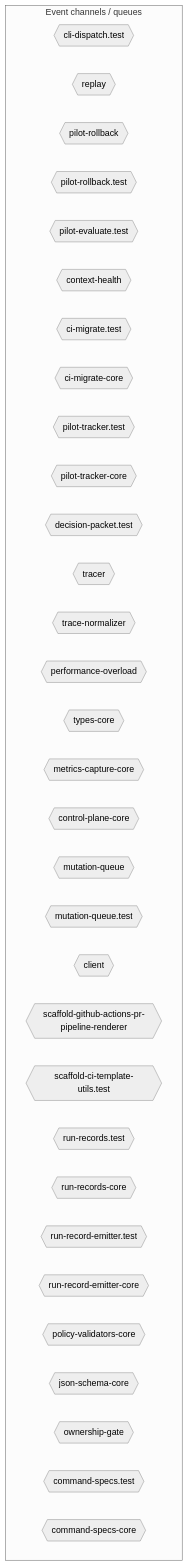
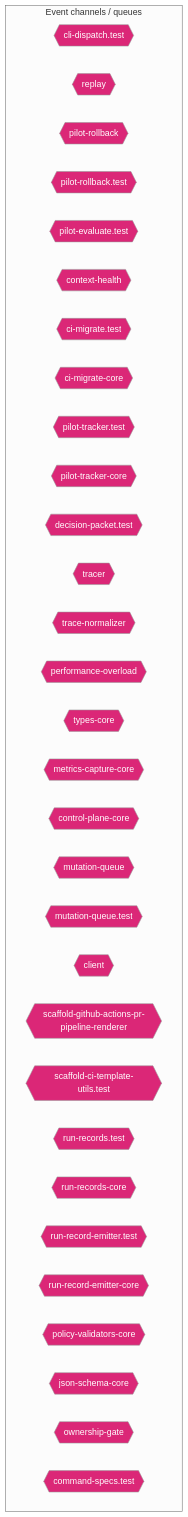
The ninth of 14 diagrams in AI/context/diagram-context.md (jscraik/coding-harness), drawn with Mermaid (neutral theme) before and after one commit. The commit also changed other lines of this file and 43 other files, not shown here.

````diff
--- a/AI/context/diagram-context.md
+++ b/AI/context/diagram-context.md
@@ -2439,38 +1527,38 @@
 ```mermaid
 flowchart TD
   subgraph Channels["Event channels / queues"]
     cli_dispatch_test_54c9f17b{{"cli-dispatch.test"}}
     replay_ac203c98{{"replay"}}
     pilot_rollback_00c1f82c{{"pilot-rollback"}}
     pilot_rollback_test_e61d5a2b{{"pilot-rollback.test"}}
     pilot_evaluate_test_a2ac06fc{{"pilot-evaluate.test"}}
     context_health_80bb7da9{{"context-health"}}
     ci_migrate_test_2a015bb9{{"ci-migrate.test"}}
     ci_migrate_core_7005b5af{{"ci-migrate-core"}}
     pilot_tracker_test_80398a66{{"pilot-tracker.test"}}
     pilot_tracker_core_80d8ac96{{"pilot-tracker-core"}}
     decision_packet_test_9ea0e97b{{"decision-packet.test"}}
     tracer_1e6243a2{{"tracer"}}
     trace_normalizer_cb1be1d2{{"trace-normalizer"}}
     performance_overload_c685bfcf{{"performance-overload"}}
     types_core_e405ddca{{"types-core"}}
     metrics_capture_core_db4bf7cf{{"metrics-capture-core"}}
     control_plane_core_db3b4cb2{{"control-plane-core"}}
     mutation_queue_ce5a530e{{"mutation-queue"}}
     mutation_queue_test_10b599e8{{"mutation-queue.test"}}
     client_1_914e1681{{"client"}}
     scaffold_github_actions_pr_pipeline_renderer_1ee18de5{{"scaffold-github-actions-pr-pipeline-renderer"}}
     scaffold_ci_template_utils_test_b94825d9{{"scaffold-ci-template-utils.test"}}
     run_records_test_3ee6a0e3{{"run-records.test"}}
     run_records_core_89286dfa{{"run-records-core"}}
     run_record_emitter_test_5475c0da{{"run-record-emitter.test"}}
     run_record_emitter_core_688049d5{{"run-record-emitter-core"}}
     policy_validators_core_714a3fe7{{"policy-validators-core"}}
     json_schema_core_96d7e328{{"json-schema-core"}}
     ownership_gate_2e194d13{{"ownership-gate"}}
     command_specs_test_7f693e85{{"command-specs.test"}}
-    command_specs_core_1c0ffc99{{"command-specs-core"}}
   end
   classDef eventNode fill:#db2777,color:#fff
+  class cli_dispatch_test_54c9f17b,replay_ac203c98,pilot_rollback_00c1f82c,pilot_rollback_test_e61d5a2b,pilot_evaluate_test_a2ac06fc,context_health_80bb7da9,ci_migrate_test_2a015bb9,ci_migrate_core_7005b5af,pilot_tracker_test_80398a66,pilot_tracker_core_80d8ac96,decision_packet_test_9ea0e97b,tracer_1e6243a2,trace_normalizer_cb1be1d2,performance_overload_c685bfcf,types_core_e405ddca,metrics_capture_core_db4bf7cf,control_plane_core_db3b4cb2,mutation_queue_ce5a530e,mutation_queue_test_10b599e8,client_1_914e1681,scaffold_github_actions_pr_pipeline_renderer_1ee18de5,scaffold_ci_template_utils_test_b94825d9,run_records_test_3ee6a0e3,run_records_core_89286dfa,run_record_emitter_test_5475c0da,run_record_emitter_core_688049d5,policy_validators_core_714a3fe7,json_schema_core_96d7e328,ownership_gate_2e194d13,command_specs_test_7f693e85 eventNode
 
 ```
````
